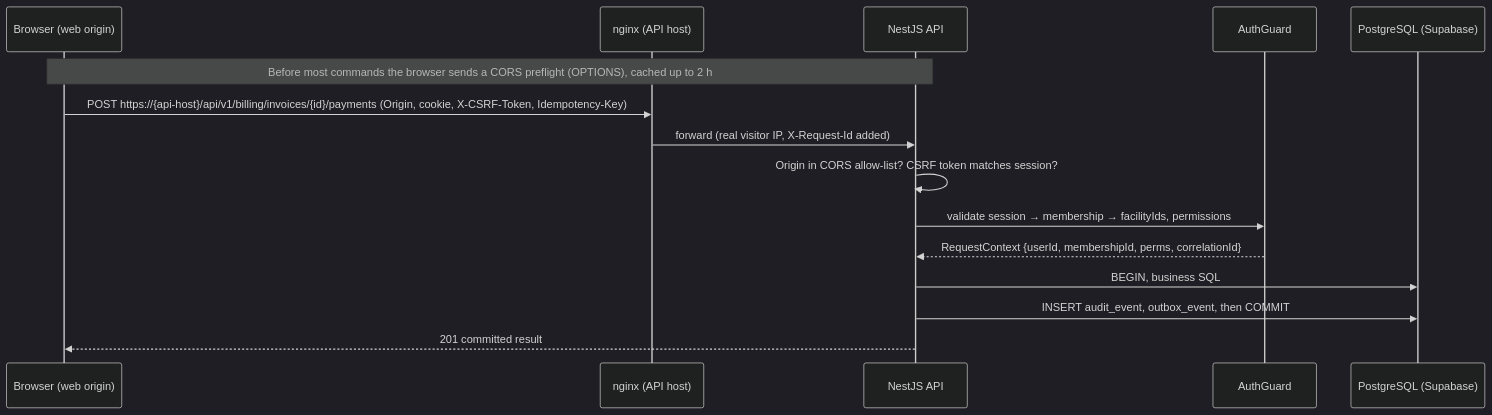
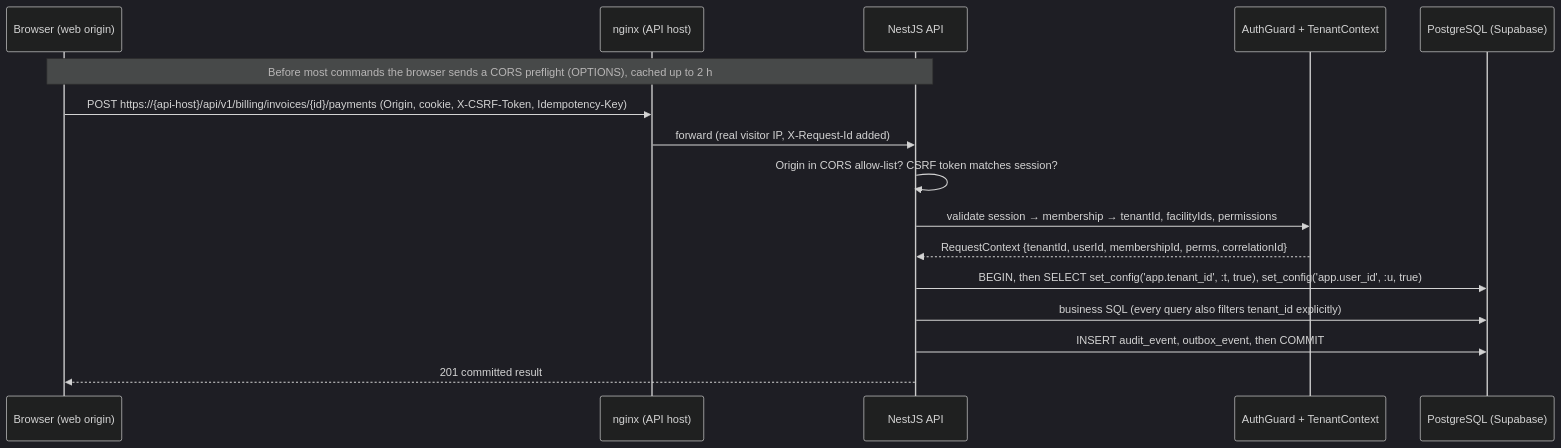
The third of 6 diagrams in docs/planning/docs/D-system-design.md (NOMAN1802/HMS-SaaS), drawn with Mermaid (dark theme) before and after one commit. The commit also changed other lines of this file and 77 other files, not shown here.

````diff
--- a/docs/planning/docs/D-system-design.md
+++ b/docs/planning/docs/D-system-design.md
@@ -203,17 +203,18 @@
 ```mermaid
 sequenceDiagram
   participant B as Browser (web origin)
   participant C as nginx (API host)
   participant A as NestJS API
-  participant G as AuthGuard
+  participant G as AuthGuard + TenantContext
   participant D as PostgreSQL (Supabase)
   Note over B,A: Before most commands the browser sends a CORS preflight (OPTIONS), cached up to 2 h
   B->>C: POST https://{api-host}/api/v1/billing/invoices/{id}/payments (Origin, cookie, X-CSRF-Token, Idempotency-Key)
   C->>A: forward (real visitor IP, X-Request-Id added)
   A->>A: Origin in CORS allow-list? CSRF token matches session?
-  A->>G: validate session → membership → facilityIds, permissions
-  G-->>A: RequestContext {userId, membershipId, perms, correlationId}
-  A->>D: BEGIN, business SQL
+  A->>G: validate session → membership → tenantId, facilityIds, permissions
+  G-->>A: RequestContext {tenantId, userId, membershipId, perms, correlationId}
+  A->>D: BEGIN, then SELECT set_config('app.tenant_id', :t, true), set_config('app.user_id', :u, true)
+  A->>D: business SQL (every query also filters tenant_id explicitly)
   A->>D: INSERT audit_event, outbox_event, then COMMIT
   A-->>B: 201 committed result
 ```
````
